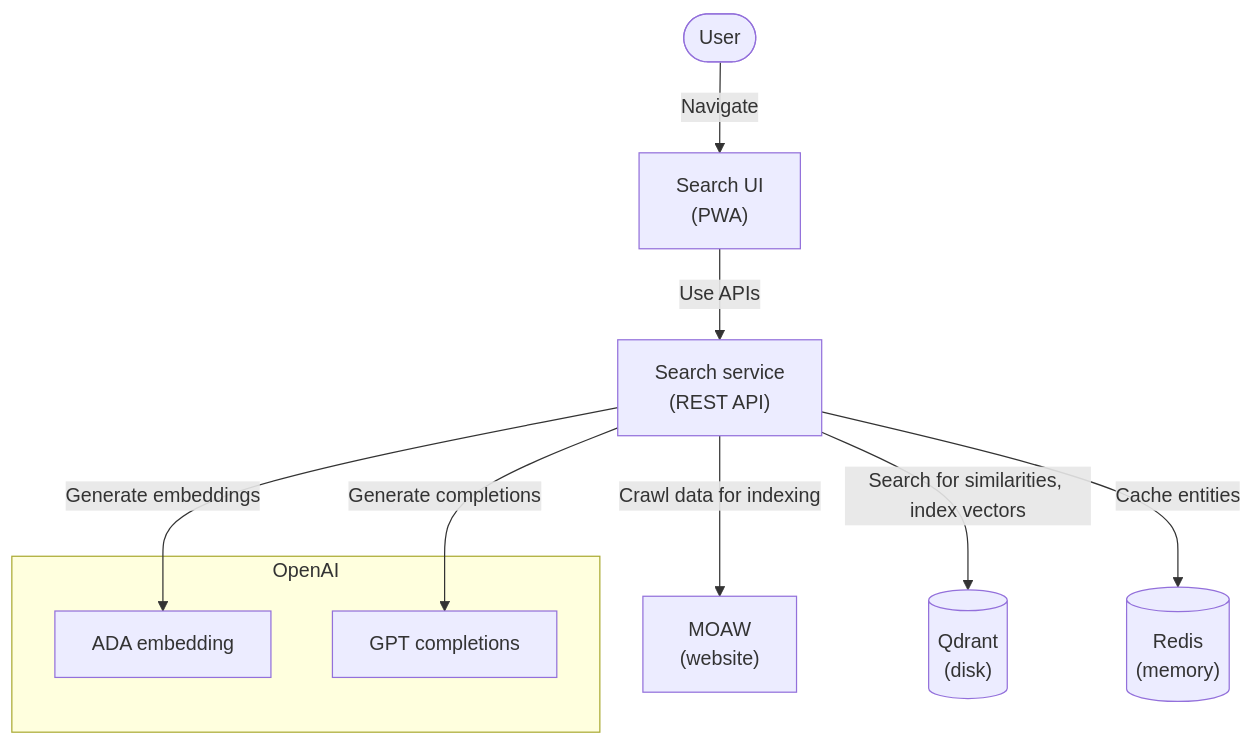
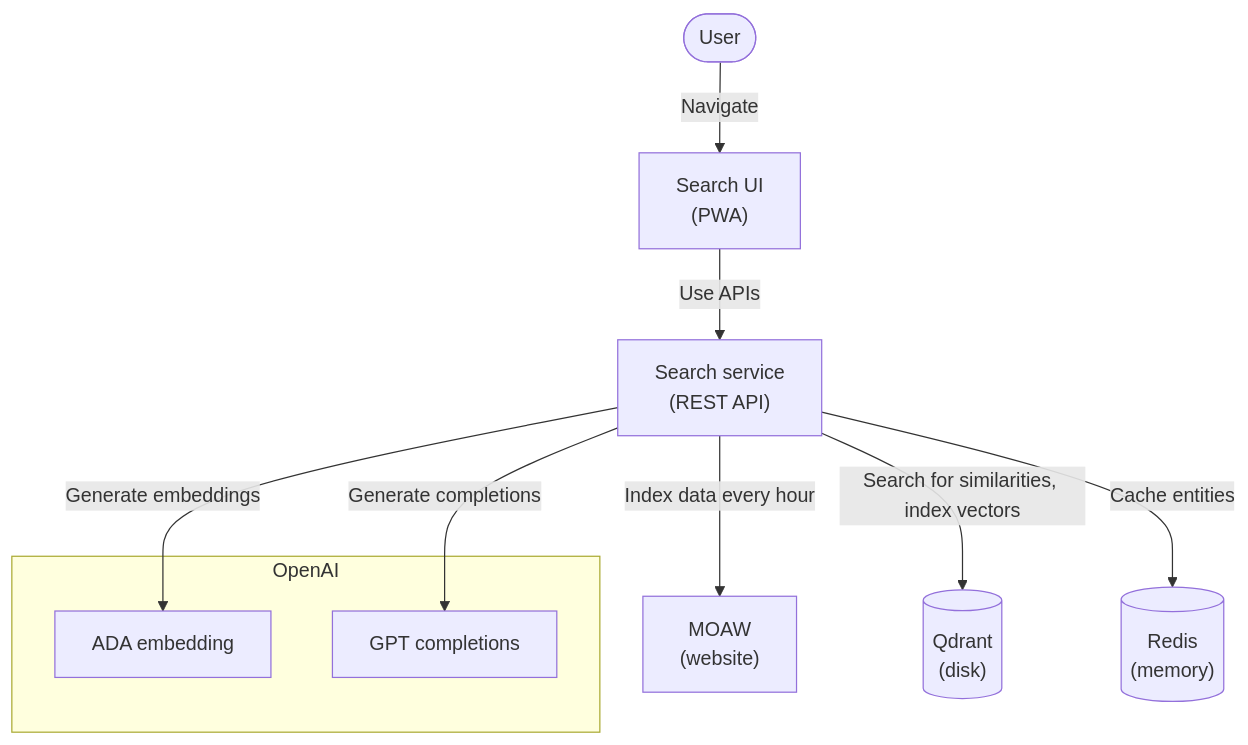
The second of 3 diagrams in README.md (clemlesne/moaw-search), drawn with Mermaid before and after one commit.

Commit message:
Quality: Code quality

````diff
--- a/README.md
+++ b/README.md
@@ -68,23 +68,23 @@
 ```mermaid
 graph
   user(["User"])
 
   api["Search service\n(REST API)"]
   moaw["MOAW\n(website)"]
   qdrant[("Qdrant\n(disk)")]
   redis[("Redis\n(memory)")]
   ui["Search UI\n(PWA)"]
 
   subgraph "OpenAI"
     oai_ada["ADA embedding"]
     oai_gpt["GPT completions"]
   end
 
   api -- Cache entities --> redis
-  api -- Crawl data for indexing --> moaw
   api -- Generate completions --> oai_gpt
   api -- Generate embeddings --> oai_ada
+  api -- Index data every hour --> moaw
   api -- Search for similarities, index vectors --> qdrant
   ui -- Use APIs --> api
   user -- Navigate --> ui
 ```
````
